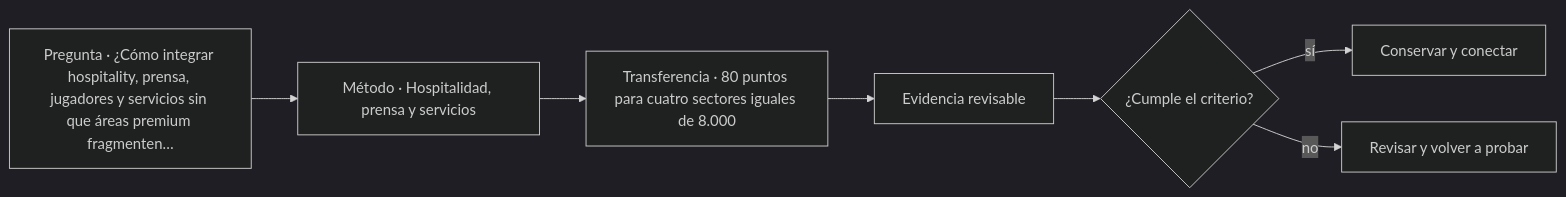
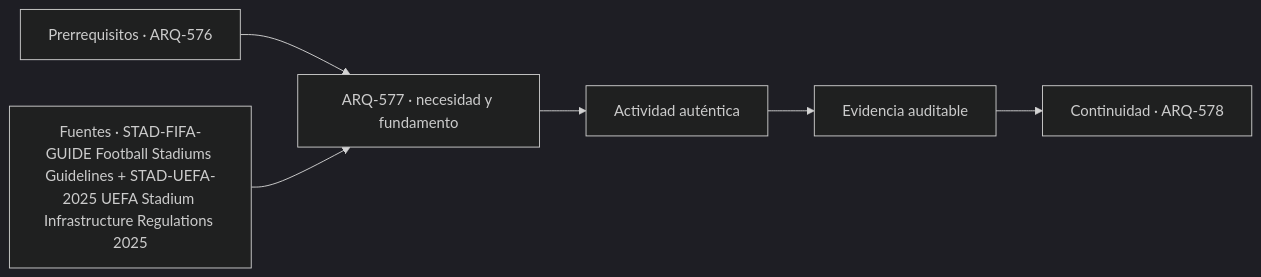
The diagram in classes/parte-58/ARQ-577.md (vladimiracunadev-create/architecture-built-environment-learning-program), drawn with Mermaid (dark theme) before and after one commit. The commit also changed other lines of this file and 761 other files, not shown here.

````diff
--- a/classes/parte-58/ARQ-577.md
+++ b/classes/parte-58/ARQ-577.md
@@ -105,9 +117,8 @@
 ```mermaid
 flowchart LR
-    Q["Pregunta · ¿Cómo integrar hospitality, prensa, jugadores y servicios sin que áreas premium fragmenten…"] --> M["Método · Hospitalidad, prensa y servicios"]
-    M --> P["Transferencia · 80 puntos para cuatro sectores iguales de 8.000"]
-    P --> E["Evidencia revisable"]
-    E --> C{"¿Cumple el criterio?"}
-    C -->|sí| T["Conservar y conectar"]
-    C -->|no| R["Revisar y volver a probar"]
+    A["Prerrequisitos · ARQ-576"] --> B["ARQ-577 · necesidad y fundamento"]
+    S["Fuentes · STAD-FIFA-GUIDE Football Stadiums Guidelines + STAD-UEFA-2025 UEFA Stadium Infrastructure Regulations 2025"] --> B
+    B --> C["Actividad auténtica"]
+    C --> D["Evidencia auditable"]
+    D --> E["Continuidad · ARQ-578"]
 ```
````
